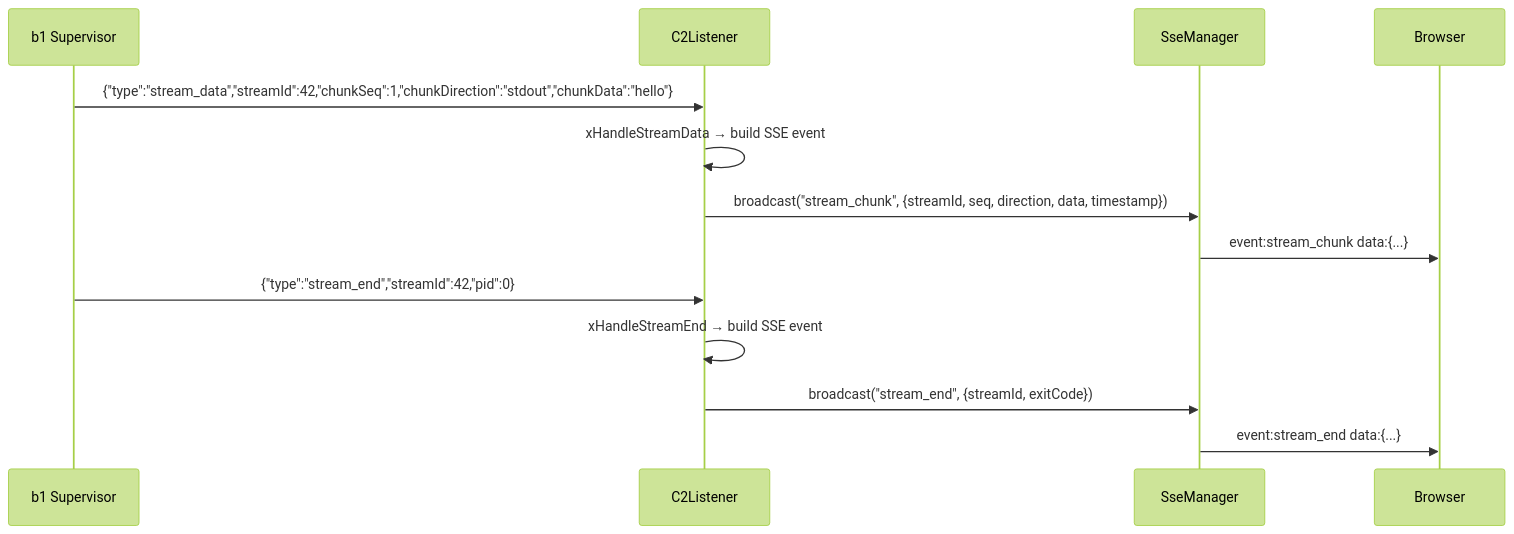
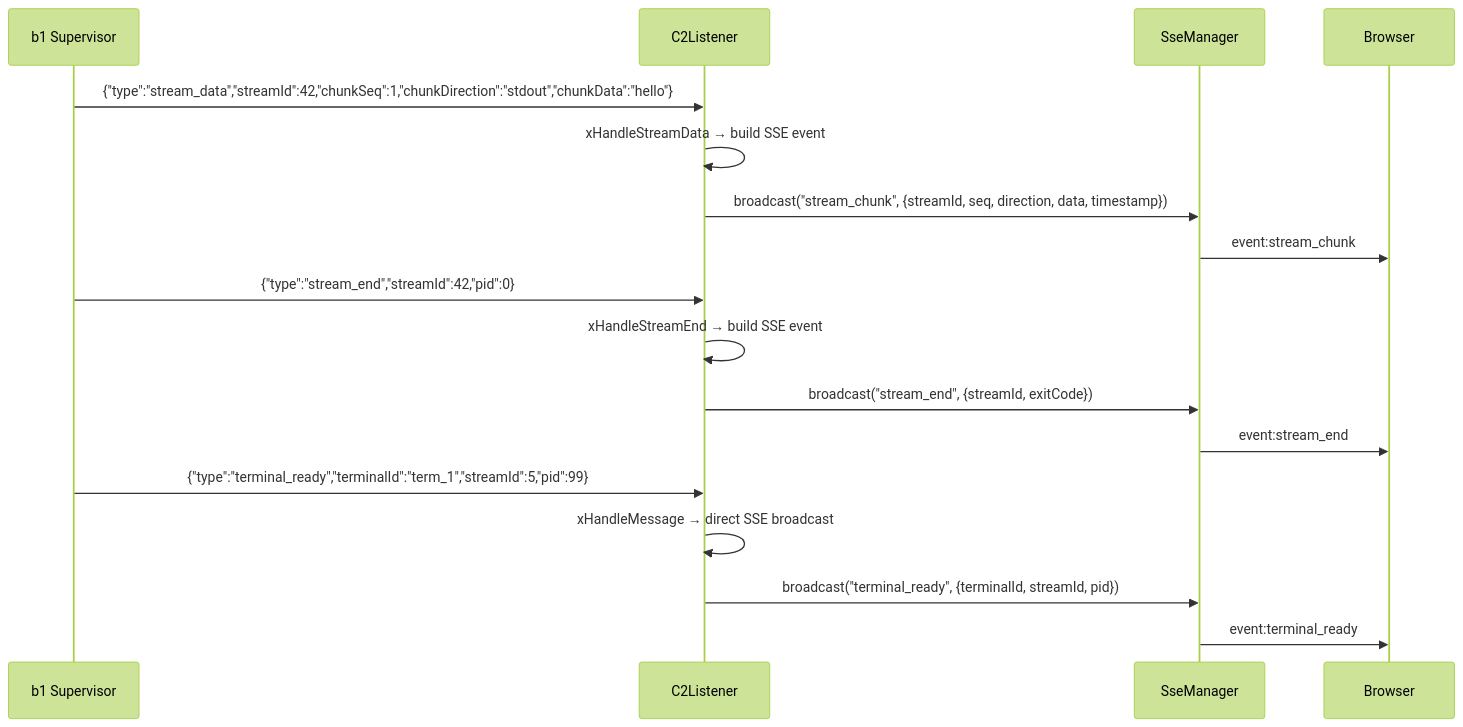
One commit to opensassi/a0 changed the fourth of 6 diagrams in src/c2/technical-specification.md. Above: the diagram before and after it, drawn with Mermaid (forest theme). The commit also changed other lines of this file and 165 other files, not shown here.

````diff
--- a/src/c2/technical-specification.md
+++ b/src/c2/technical-specification.md
@@ -437,17 +349,22 @@
 ```mermaid
 sequenceDiagram
     participant B1 as b1 Supervisor
     participant L as C2Listener
     participant SSE as SseManager
     participant Browser
 
     B1->>L: {"type":"stream_data","streamId":42,"chunkSeq":1,"chunkDirection":"stdout","chunkData":"hello"}
     L->>L: xHandleStreamData → build SSE event
     L->>SSE: broadcast("stream_chunk", {streamId, seq, direction, data, timestamp})
-    SSE->>Browser: event:stream_chunk data:{...}
+    SSE->>Browser: event:stream_chunk
 
     B1->>L: {"type":"stream_end","streamId":42,"pid":0}
     L->>L: xHandleStreamEnd → build SSE event
     L->>SSE: broadcast("stream_end", {streamId, exitCode})
-    SSE->>Browser: event:stream_end data:{...}
+    SSE->>Browser: event:stream_end
+
+    B1->>L: {"type":"terminal_ready","terminalId":"term_1","streamId":5,"pid":99}
+    L->>L: xHandleMessage → direct SSE broadcast
+    L->>SSE: broadcast("terminal_ready", {terminalId, streamId, pid})
+    SSE->>Browser: event:terminal_ready
 ```
````
